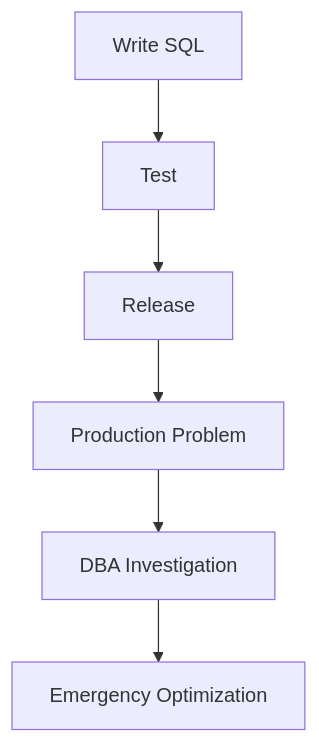
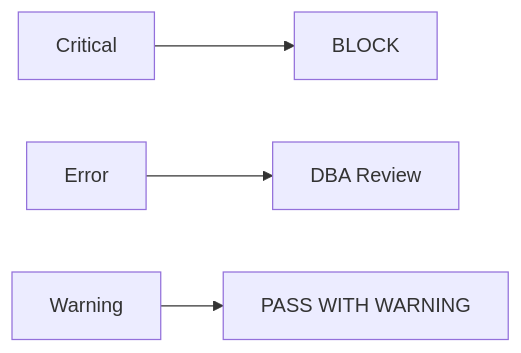
One commit to PawSQL/pawsql-docs-mantlify changed the second of 2 diagrams in docs/en/use-cases/sql-quality-gate-cicd.mdx. Above: the diagram before and after it, drawn with Mermaid. The commit also changed other lines of this file and 82 other files, not shown here.

````diff
--- a/docs/en/use-cases/sql-quality-gate-cicd.mdx
+++ b/docs/en/use-cases/sql-quality-gate-cicd.mdx
@@ -706,5 +119,6 @@
 ```mermaid
-flowchart TD
-    A[Write SQL] --> B[Test] --> C[Release] --> D[Production Problem]
-    D --> E[DBA Investigation] --> F[Emergency Optimization]
+flowchart LR
+    A[Critical] --> B[BLOCK]
+    C[Error] --> D[DBA Review]
+    E[Warning] --> F[PASS WITH WARNING]
 ```
````
